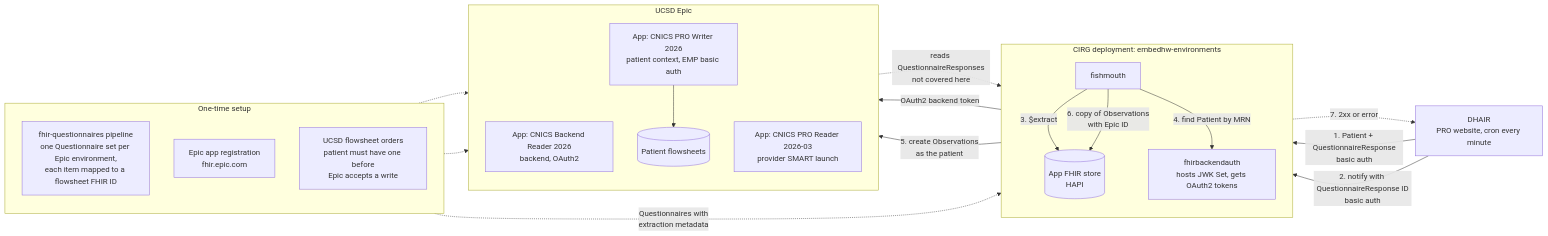
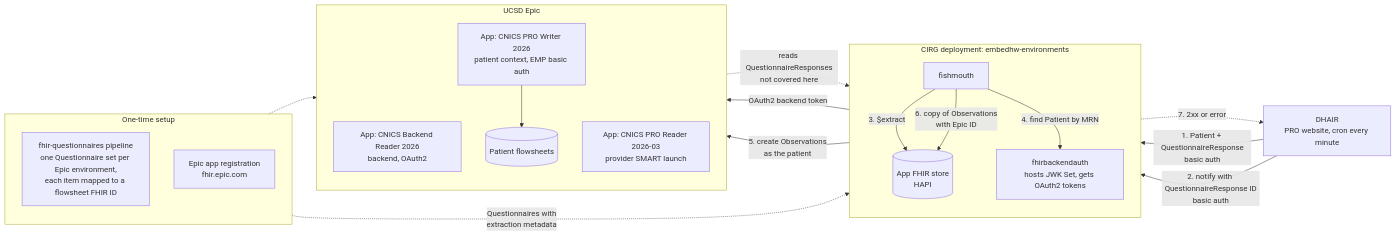
Before and after one commit to uwcirg/embedhw-environments: the first of 3 diagrams in docs/epic-write-flow.md, drawn with Mermaid. The commit also changed other lines of this file, not shown here.

````diff
--- a/docs/epic-write-flow.md
+++ b/docs/epic-write-flow.md
@@ -14,41 +14,39 @@
 ```mermaid
 flowchart LR
     subgraph PREP["One-time setup"]
         direction TB
         FQ["fhir-questionnaires pipeline<br/>one Questionnaire set per Epic environment,<br/>each item mapped to a flowsheet FHIR ID"]
         REG["Epic app registration<br/>fhir.epic.com"]
-        ORD["UCSD flowsheet orders<br/>patient must have one before<br/>Epic accepts a write"]
     end
 
     DHAIR["DHAIR<br/>PRO website, cron every minute"]
 
     subgraph CIRG["CIRG deployment: embedhw-environments"]
         direction TB
         HAPI[("App FHIR store<br/>HAPI")]
         FM["fishmouth"]
         FBA["fhirbackendauth<br/>hosts JWK Set, gets OAuth2 tokens"]
     end
 
     subgraph EPIC["UCSD Epic"]
         direction TB
         BAPP["App: CNICS Backend Reader 2026<br/>backend, OAuth2"]
         WAPP["App: CNICS PRO Writer 2026<br/>patient context, EMP basic auth"]
         RAPP["App: CNICS PRO Reader 2026-03<br/>provider SMART launch"]
         FS[("Patient flowsheets")]
     end
 
     DHAIR -->|"1. Patient + QuestionnaireResponse<br/>basic auth"| HAPI
     DHAIR -->|"2. notify with QuestionnaireResponse ID<br/>basic auth"| FM
     FM -->|"3. $extract"| HAPI
     FM -->|"4. find Patient by MRN"| FBA
     FBA -->|"OAuth2 backend token"| BAPP
     FM -->|"5. create Observations<br/>as the patient"| WAPP
     WAPP --> FS
     FM -->|"6. copy of Observations<br/>with Epic ID"| HAPI
     FM -.->|"7. 2xx or error"| DHAIR
 
     FQ -.->|"Questionnaires with<br/>extraction metadata"| HAPI
     REG -.-> EPIC
-    ORD -.-> FS
     RAPP -.->|"reads QuestionnaireResponses<br/>not covered here"| HAPI
 ```
````
